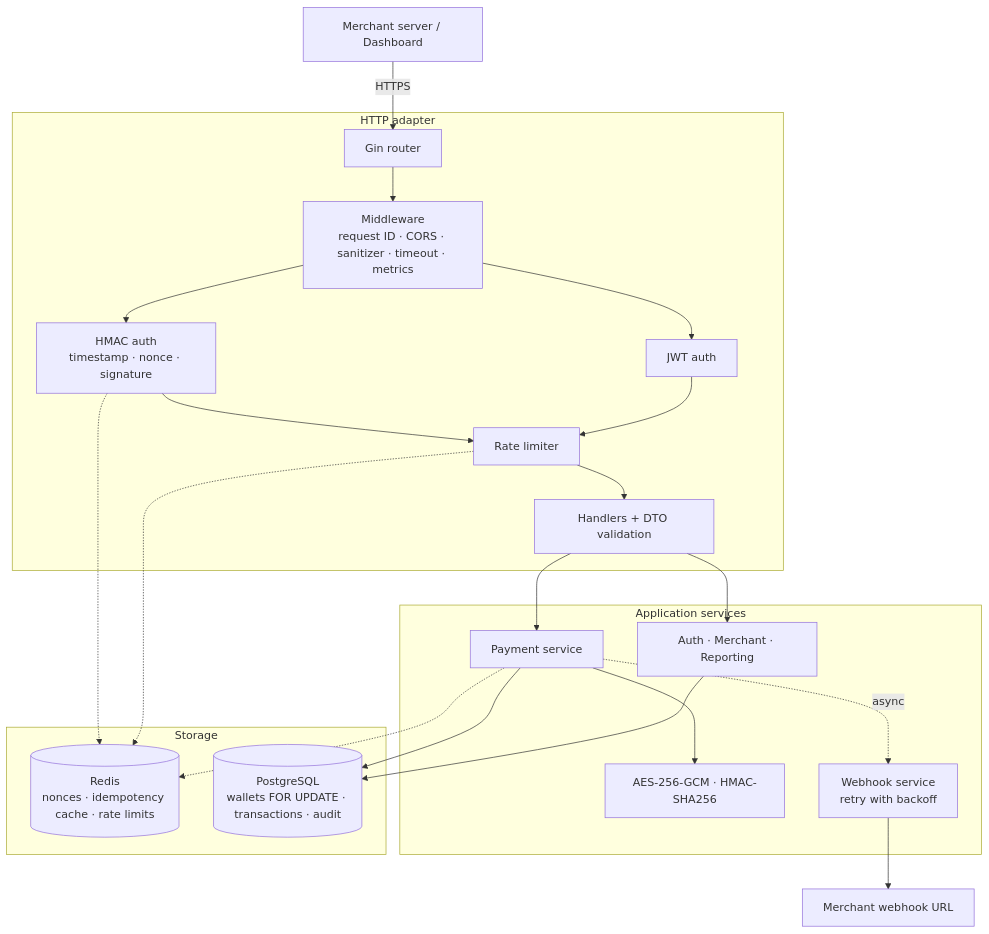
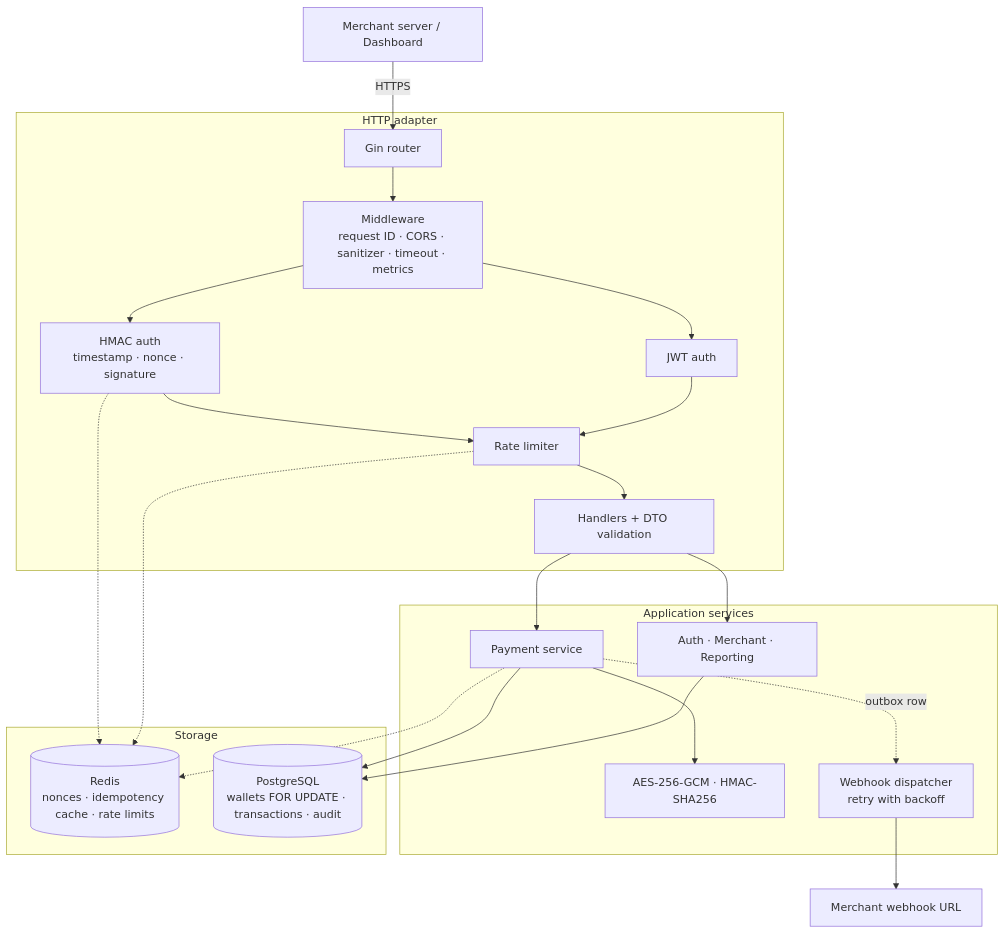
The first of 2 diagrams in README.md (VidIsWandering/secure-payment-gateway), drawn with Mermaid before and after one commit. The commit also changed other lines of this file and 19 other files, not shown here.

First line of the commit message:
feat(webhook): deliver webhooks through a transactional outbox

````diff
--- a/README.md
+++ b/README.md
@@ -48,32 +48,32 @@
 ```mermaid
 graph TD
     Client["Merchant server / Dashboard"] -->|HTTPS| Router["Gin router"]
 
     subgraph HTTP["HTTP adapter"]
         Router --> MW["Middleware<br/>request ID · CORS · sanitizer · timeout · metrics"]
         MW --> HMAC["HMAC auth<br/>timestamp · nonce · signature"]
         MW --> JWT["JWT auth"]
         HMAC --> RL["Rate limiter"]
         JWT --> RL
         RL --> Handlers["Handlers + DTO validation"]
     end
 
     subgraph App["Application services"]
         Handlers --> PaySvc["Payment service"]
         Handlers --> OtherSvc["Auth · Merchant · Reporting"]
         PaySvc --> Crypto["AES-256-GCM · HMAC-SHA256"]
-        PaySvc -. async .-> Webhook["Webhook service<br/>retry with backoff"]
+        PaySvc -. outbox row .-> Webhook["Webhook dispatcher<br/>retry with backoff"]
     end
 
     subgraph Storage
         Redis[("Redis<br/>nonces · idempotency cache · rate limits")]
         PG[("PostgreSQL<br/>wallets FOR UPDATE · transactions · audit")]
     end
 
     HMAC -.-> Redis
     RL -.-> Redis
     PaySvc --> PG
     PaySvc -.-> Redis
     OtherSvc --> PG
     Webhook --> MerchantURL["Merchant webhook URL"]
 ```
````
